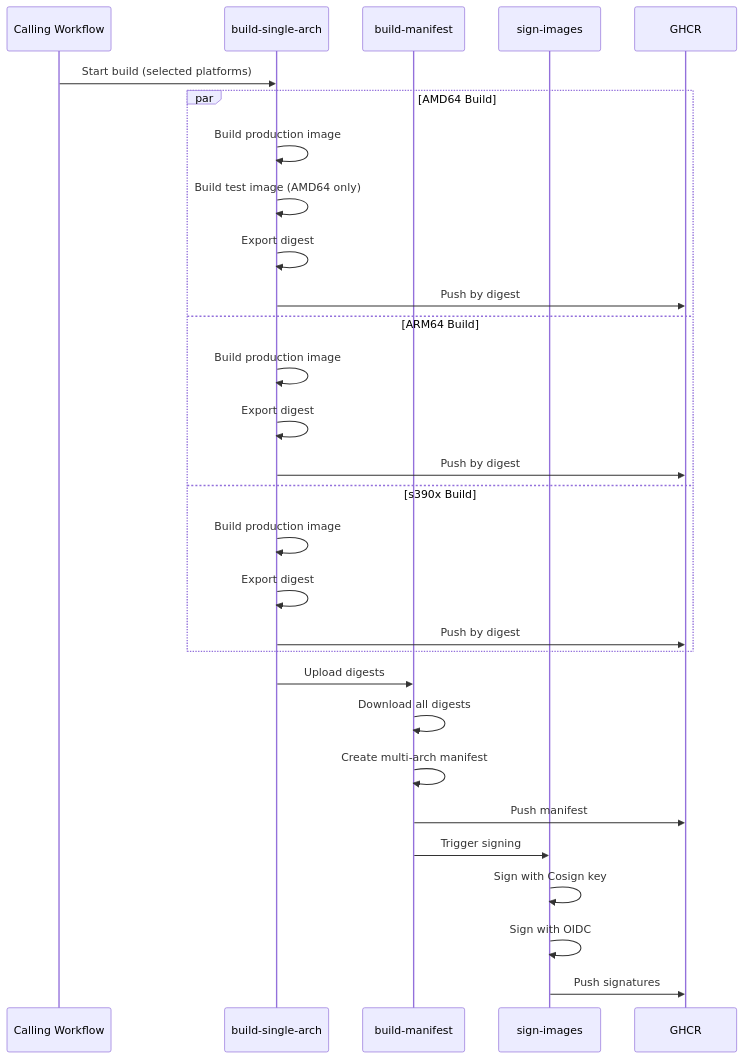
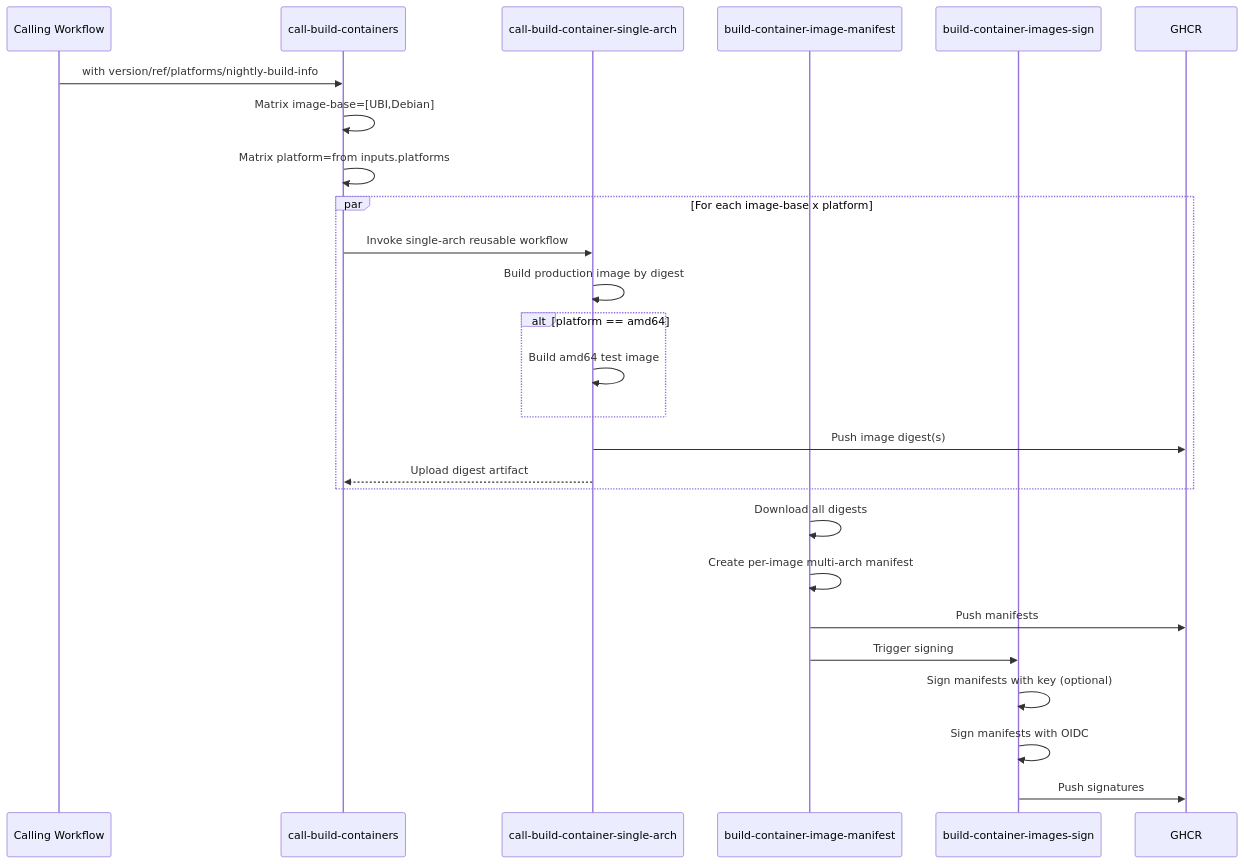
Before and after one commit to FluentDo/agent: the second of 6 diagrams in .github/workflows/README.md, drawn with Mermaid. The commit also changed other lines of this file, not shown here.

Commit message:
docs: update diagrams

````diff
--- a/.github/workflows/README.md
+++ b/.github/workflows/README.md
@@ -882,35 +864,32 @@
 ```mermaid
 sequenceDiagram
-    participant Caller as Calling Workflow
-    participant Build as build-single-arch
-    participant Manifest as build-manifest
-    participant Sign as sign-images
+  participant Caller as Calling Workflow
+  participant Multi as call-build-containers
+  participant Single as call-build-container-single-arch
+  participant Manifest as build-container-image-manifest
+  participant Sign as build-container-images-sign
     participant Registry as GHCR
 
-    Caller->>Build: Start build (selected platforms)
-    
-    par AMD64 Build
-        Build->>Build: Build production image
-        Build->>Build: Build test image (AMD64 only)
-        Build->>Build: Export digest
-        Build->>Registry: Push by digest
-    and ARM64 Build
-        Build->>Build: Build production image
-        Build->>Build: Export digest
-        Build->>Registry: Push by digest
-    and s390x Build
-      Build->>Build: Build production image
-      Build->>Build: Export digest
-      Build->>Registry: Push by digest
+  Caller->>Multi: with version/ref/platforms/nightly-build-info
+  Multi->>Multi: Matrix image-base=[UBI,Debian]
+  Multi->>Multi: Matrix platform=from inputs.platforms
+
+  par For each image-base x platform
+    Multi->>Single: Invoke single-arch reusable workflow
+    Single->>Single: Build production image by digest
+    alt platform == amd64
+      Single->>Single: Build amd64 test image
     end
-    
-    Build->>Manifest: Upload digests
+    Single->>Registry: Push image digest(s)
+    Single-->>Multi: Upload digest artifact
+    end
+
     Manifest->>Manifest: Download all digests
-    Manifest->>Manifest: Create multi-arch manifest
-    Manifest->>Registry: Push manifest
-    
+  Manifest->>Manifest: Create per-image multi-arch manifest
+  Manifest->>Registry: Push manifests
+
     Manifest->>Sign: Trigger signing
-    Sign->>Sign: Sign with Cosign key
-    Sign->>Sign: Sign with OIDC
+  Sign->>Sign: Sign manifests with key (optional)
+  Sign->>Sign: Sign manifests with OIDC
     Sign->>Registry: Push signatures
 ```
````
